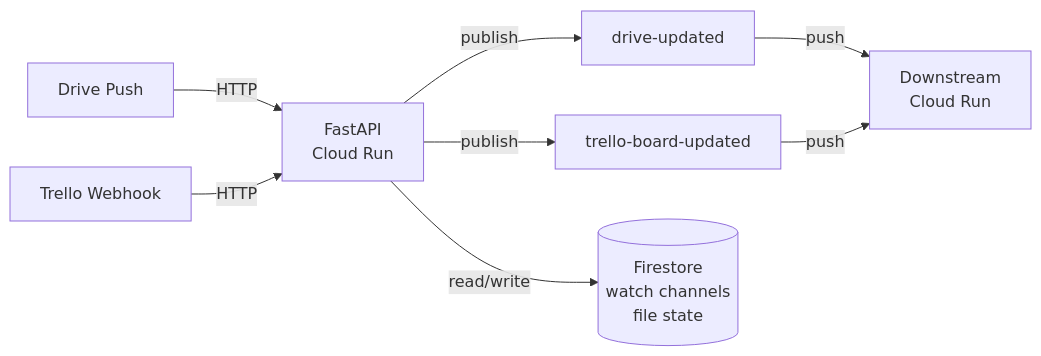
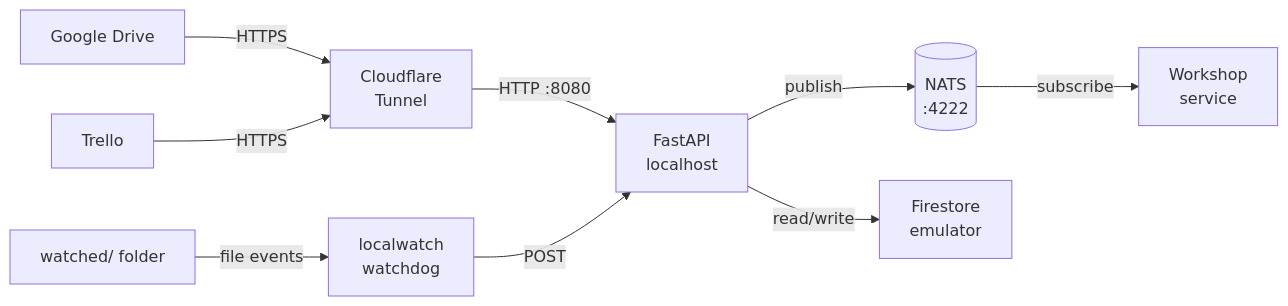
One commit to get-lamp/ev-webhook changed the second of 2 diagrams in README.md. Above: the diagram before and after it, drawn with Mermaid. The commit also changed other lines of this file and 23 other files, not shown here.

````diff
--- a/README.md
+++ b/README.md
@@ -129,10 +180,11 @@
 ```mermaid
 graph LR
-    Drive[Drive Push] -->|HTTP| Webhook
-    Trello[Trello Webhook] -->|HTTP| Webhook
-    Webhook[FastAPI<br/>Cloud Run] -->|publish| DriveTopic[drive-updated]
-    Webhook -->|publish| TrelloTopic[trello-board-updated]
-    DriveTopic -->|push| Downstream[Downstream<br/>Cloud Run]
-    TrelloTopic -->|push| Downstream
-    Webhook -->|read/write| Firestore[(Firestore<br/>watch channels<br/>file state)]
+    Drive[Google Drive] -->|HTTPS| CF[Cloudflare<br/>Tunnel]
+    Trello[Trello] -->|HTTPS| CF
+    CF -->|HTTP :8080| Webhook[FastAPI<br/>localhost]
+    Watched[watched/ folder] -->|file events| LocalWatch[localwatch<br/>watchdog]
+    LocalWatch -->|POST| Webhook
+    Webhook -->|publish| NATS[(NATS<br/>:4222)]
+    Webhook -->|read/write| FirestoreEmu[Firestore<br/>emulator]
+    NATS -->|subscribe| Workshop[Workshop<br/>service]
 ```
````
